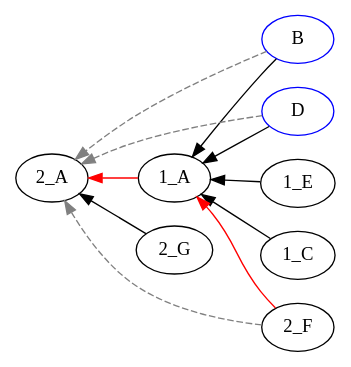
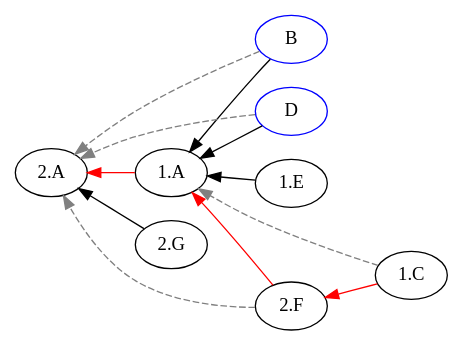
One commit to EulerProject/EulerX changed the diagram in example/output/abstract4/abstract4_pw_1.dot. Above: the diagram before and after it, drawn with Graphviz. The commit also changed 30 other files, not shown here.

```diff
--- a/example/output/abstract4/abstract4_pw_1.dot
+++ b/example/output/abstract4/abstract4_pw_1.dot
@@ -1,19 +1,20 @@
 digraph {
 
 rankdir = RL
 
 "B" [color=blue];
 "D" [color=blue];
 "B" [color=blue];
 "D" [color=blue];
-"1_C" -> "1_A" [style=filled, color=black];
-"1_E" -> "1_A" [style=filled, color=black];
-"2_G" -> "2_A" [style=filled, color=black];
-"2_F" -> "1_A" [style=filled, color=red];
-"1_A" -> "2_A" [style=filled, color=red];
-"B" -> "1_A" [style=filled, color=black];
-"D" -> "1_A" [style=filled, color=black];
-"2_F" -> "2_A" [style=dashed, color=grey];
-"B" -> "2_A" [style=dashed, color=grey];
-"D" -> "2_A" [style=dashed, color=grey];
+"1.E" -> "1.A" [style=filled, color=black];
+"2.G" -> "2.A" [style=filled, color=black];
+"2.F" -> "1.A" [style=filled, color=red];
+"1.A" -> "2.A" [style=filled, color=red];
+"1.C" -> "2.F" [style=filled, color=red];
+"B" -> "1.A" [style=filled, color=black];
+"D" -> "1.A" [style=filled, color=black];
+"2.F" -> "2.A" [style=dashed, color=grey];
+"1.C" -> "1.A" [style=dashed, color=grey];
+"B" -> "2.A" [style=dashed, color=grey];
+"D" -> "2.A" [style=dashed, color=grey];
 }
```
